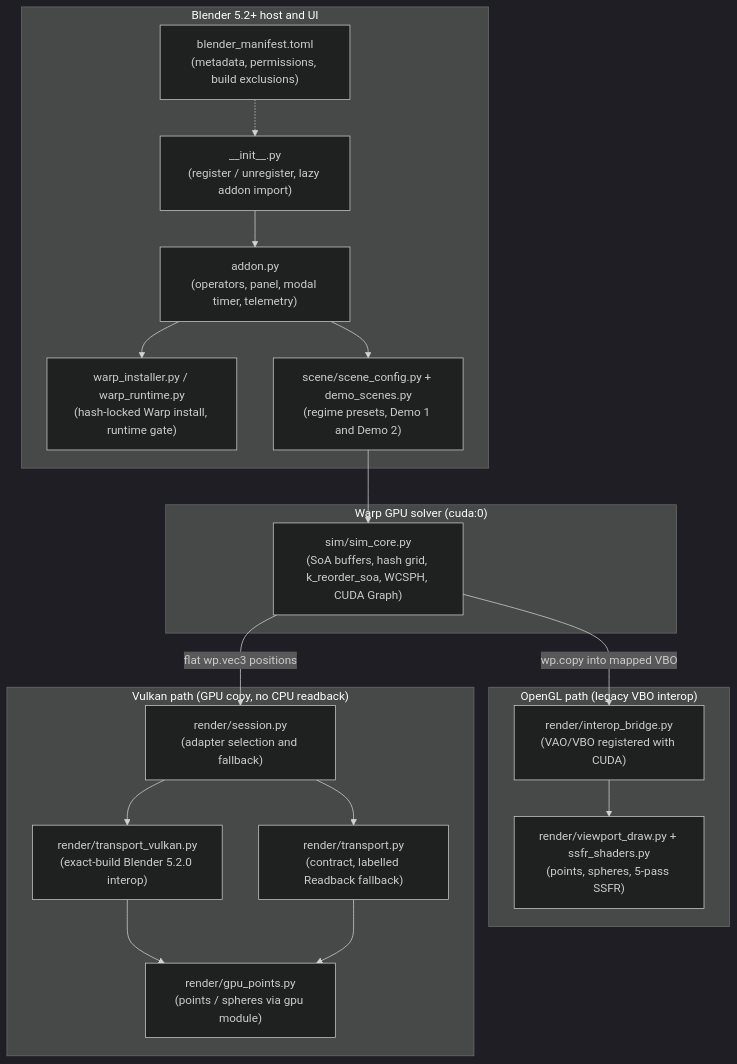
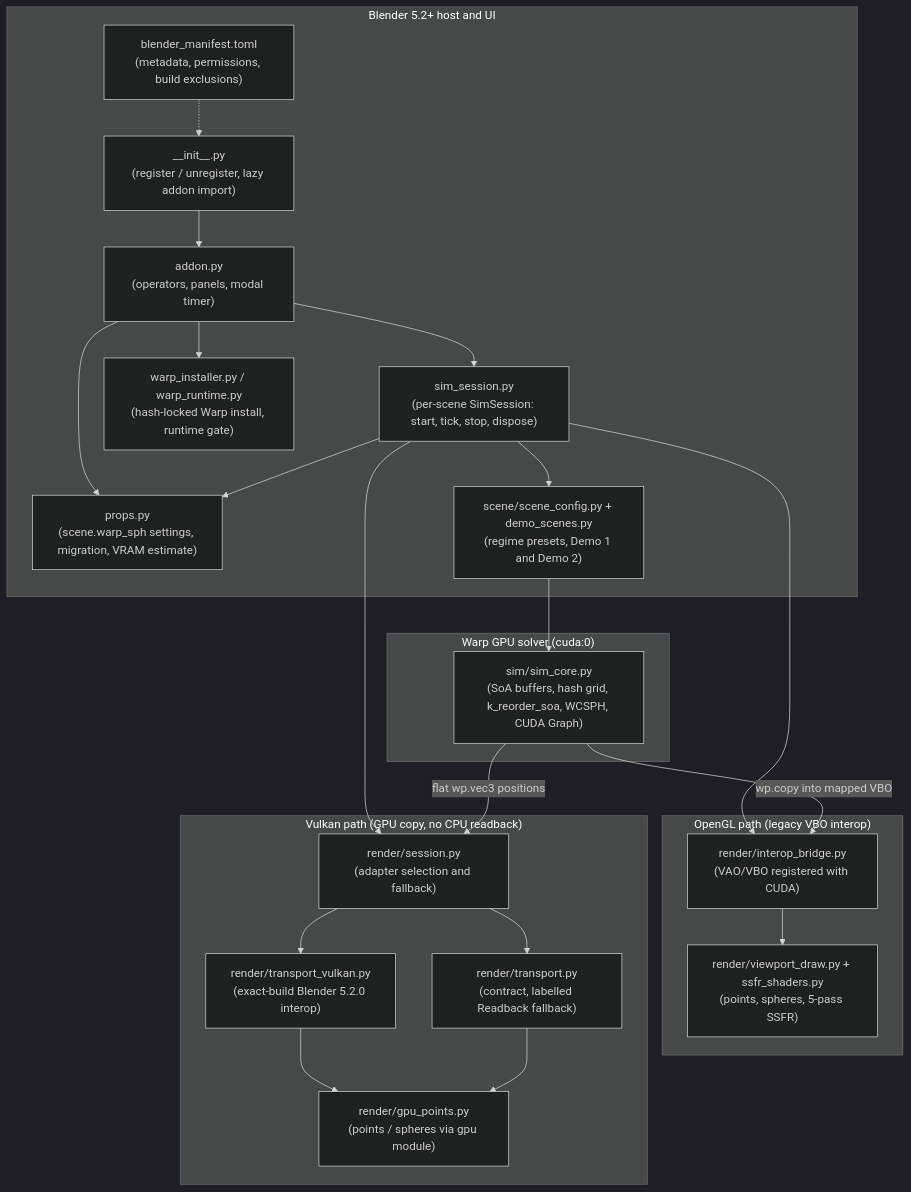
The diagram in docs/ARCHITECTURE.md (trdillman/warp_sph_realtime), drawn with Mermaid (dark theme) before and after one commit. The commit also changed other lines of this file and 18 other files, not shown here.

First line of the commit message:
SimSession runtime owner + scene.warp_sph settings group (P1.1, P1.3) (#10)

````diff
--- a/docs/ARCHITECTURE.md
+++ b/docs/ARCHITECTURE.md
@@ -11,39 +11,46 @@
 ```mermaid
 graph TD
     subgraph Host ["Blender 5.2+ host and UI"]
         Manifest["blender_manifest.toml<br/>(metadata, permissions, build exclusions)"]
         Init["__init__.py<br/>(register / unregister, lazy addon import)"]
-        Addon["addon.py<br/>(operators, panel, modal timer, telemetry)"]
+        Addon["addon.py<br/>(operators, panels, modal timer)"]
+        SimSession["sim_session.py<br/>(per-scene SimSession: start, tick, stop, dispose)"]
+        Props["props.py<br/>(scene.warp_sph settings, migration, VRAM estimate)"]
         Installer["warp_installer.py / warp_runtime.py<br/>(hash-locked Warp install, runtime gate)"]
         SceneCfg["scene/scene_config.py + demo_scenes.py<br/>(regime presets, Demo 1 and Demo 2)"]
     end
 
     subgraph Solver ["Warp GPU solver (cuda:0)"]
         SimCore["sim/sim_core.py<br/>(SoA buffers, hash grid, k_reorder_soa, WCSPH, CUDA Graph)"]
     end
 
     subgraph GL ["OpenGL path (legacy VBO interop)"]
         Interop["render/interop_bridge.py<br/>(VAO/VBO registered with CUDA)"]
         ViewDraw["render/viewport_draw.py + ssfr_shaders.py<br/>(points, spheres, 5-pass SSFR)"]
     end
 
     subgraph VK ["Vulkan path (GPU copy, no CPU readback)"]
         Session["render/session.py<br/>(adapter selection and fallback)"]
         Transport["render/transport.py<br/>(contract, labelled Readback fallback)"]
         VkTransport["render/transport_vulkan.py<br/>(exact-build Blender 5.2.0 interop)"]
         GpuPoints["render/gpu_points.py<br/>(points / spheres via gpu module)"]
     end
 
     Manifest -.-> Init
     Init --> Addon
     Addon --> Installer
-    Addon --> SceneCfg
+    Addon --> SimSession
+    Addon --> Props
+    SimSession --> Props
+    SimSession --> SceneCfg
+    SimSession --> Session
+    SimSession --> Interop
     SceneCfg --> SimCore
     SimCore -->|"wp.copy into mapped VBO"| Interop
     Interop --> ViewDraw
     SimCore -->|"flat wp.vec3 positions"| Session
     Session --> VkTransport
     Session --> Transport
     VkTransport --> GpuPoints
     Transport --> GpuPoints
 ```
````
